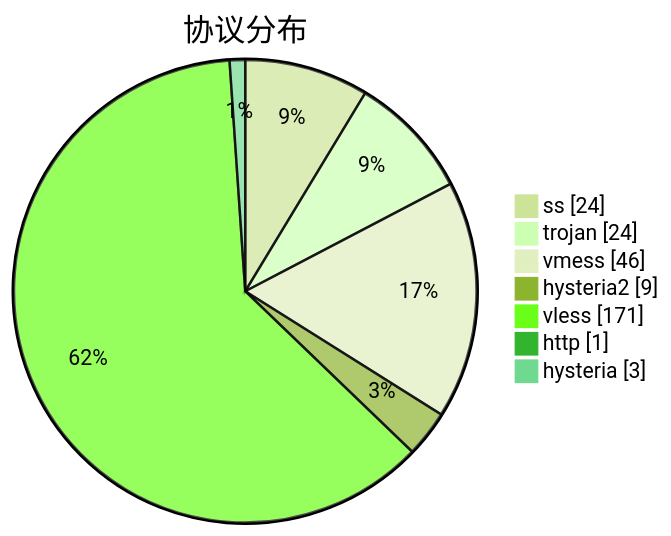
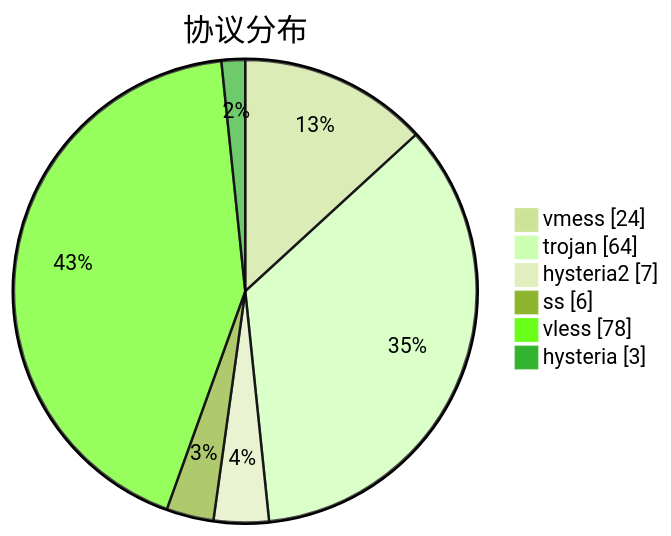
Before and after one commit to sinspired/airport: the third of 3 diagrams in subs/statistics/tested_within.md, drawn with Mermaid (forest theme). The commit also changed other lines of this file and 2 other files, not shown here.

````diff
--- a/subs/statistics/tested_within.md
+++ b/subs/statistics/tested_within.md
@@ -37,11 +35,10 @@
 ```mermaid
 pie showData
 title 协议分布
-"ss" : 24
-"trojan" : 24
-"vmess" : 46
-"hysteria2" : 9
-"vless" : 171
-"http" : 1
+"vmess" : 24
+"trojan" : 64
+"hysteria2" : 7
+"ss" : 6
+"vless" : 78
 "hysteria" : 3
 ```
````
